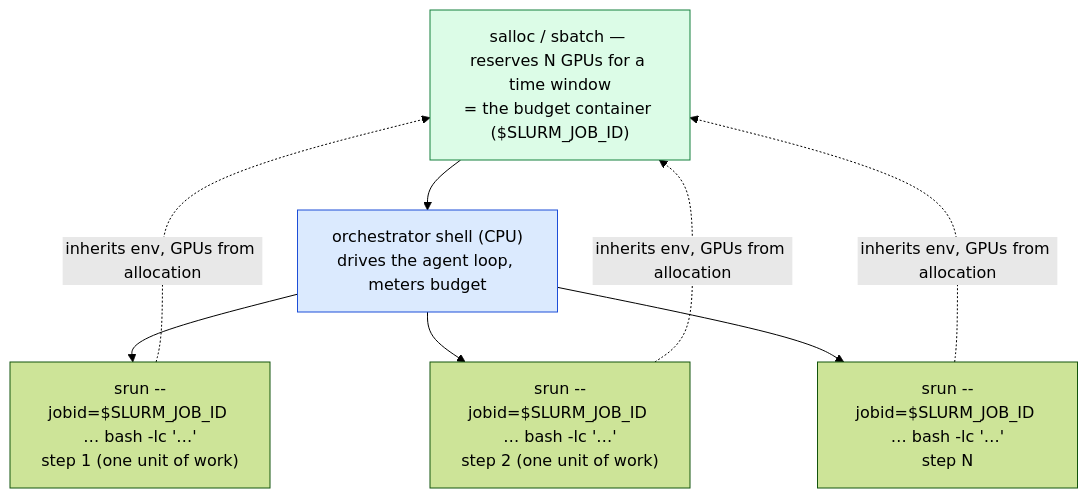
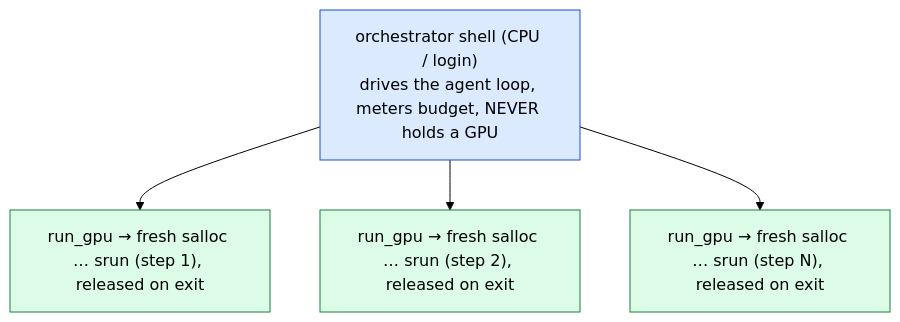
Before and after one commit to mithils3/reprocli: the diagram in docs/slurm/clusters.md, drawn with Mermaid (forest theme). The commit also changed other lines of this file and 3 other files, not shown here.

````diff
--- a/docs/slurm/clusters.md
+++ b/docs/slurm/clusters.md
@@ -65,19 +53,14 @@
 ```mermaid
 flowchart TD
   classDef alloc fill:#dcfce7,stroke:#15803d,color:#000;
   classDef cpu fill:#dbeafe,stroke:#1d4ed8,color:#000;
 
-  SALLOC["salloc / sbatch — reserves N GPUs for a time window<br/>= the budget container ($SLURM_JOB_ID)"]:::alloc
-  ORCH["orchestrator shell (CPU)<br/>drives the agent loop, meters budget"]:::cpu
-  S1["srun --jobid=$SLURM_JOB_ID … bash -lc '…'<br/>step 1 (one unit of work)"]
-  S2["srun --jobid=$SLURM_JOB_ID … bash -lc '…'<br/>step 2 (one unit of work)"]
-  SN["srun --jobid=$SLURM_JOB_ID … bash -lc '…'<br/>step N"]
+  ORCH["orchestrator shell (CPU / login)<br/>drives the agent loop, meters budget, NEVER holds a GPU"]:::cpu
+  S1["run_gpu → fresh salloc … srun (step 1), released on exit"]:::alloc
+  S2["run_gpu → fresh salloc … srun (step 2), released on exit"]:::alloc
+  SN["run_gpu → fresh salloc … srun (step N), released on exit"]:::alloc
 
-  SALLOC --> ORCH
   ORCH --> S1
   ORCH --> S2
   ORCH --> SN
-  S1 -. inherits env, GPUs from allocation .-> SALLOC
-  S2 -. inherits env, GPUs from allocation .-> SALLOC
-  SN -. inherits env, GPUs from allocation .-> SALLOC
 ```
````
